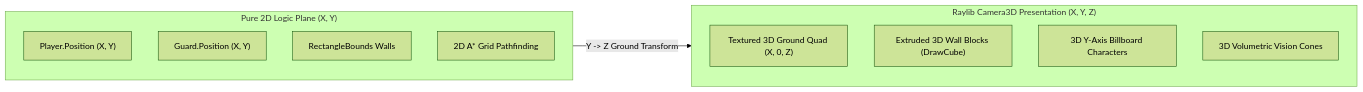
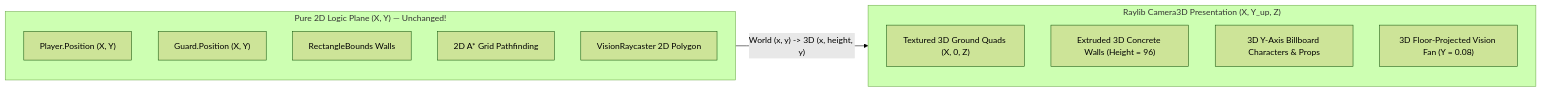
The third of 3 diagrams in docs/ARCHITECTURE_AND_PLAN.md (Mohamed-Elguindy/ShadowHeist), drawn with Mermaid (forest theme) before and after one commit. The commit also changed other lines of this file and 5 other files, not shown here.

````diff
--- a/docs/ARCHITECTURE_AND_PLAN.md
+++ b/docs/ARCHITECTURE_AND_PLAN.md
@@ -276,18 +285,19 @@
 ```mermaid
 flowchart LR
-    subgraph Simulation2D["Pure 2D Logic Plane (X, Y)"]
+    subgraph Simulation2D["Pure 2D Logic Plane (X, Y) — Unchanged!"]
         P2D["Player.Position (X, Y)"]
         G2D["Guard.Position (X, Y)"]
         W2D["RectangleBounds Walls"]
         AStar["2D A* Grid Pathfinding"]
+        Ray2D["VisionRaycaster 2D Polygon"]
     end
 
-    subgraph Renderer3D["Raylib Camera3D Presentation (X, Y, Z)"]
-        Floor3D["Textured 3D Ground Quad (X, 0, Z)"]
-        Walls3D["Extruded 3D Wall Blocks (DrawCube)"]
-        Billboards["3D Y-Axis Billboard Characters"]
-        Flashlights["3D Volumetric Vision Cones"]
+    subgraph Renderer3D["Raylib Camera3D Presentation (X, Y_up, Z)"]
+        Floor3D["Textured 3D Ground Quads (X, 0, Z)"]
+        Walls3D["Extruded 3D Concrete Walls (Height = 96)"]
+        Billboards["3D Y-Axis Billboard Characters & Props"]
+        Vision3D["3D Floor-Projected Vision Fan (Y = 0.08)"]
     end
 
-    Simulation2D -->|"Y -> Z Ground Transform"| Renderer3D
+    Simulation2D -->|"World (x, y) -> 3D (x, height, y)"| Renderer3D
 ```
````
